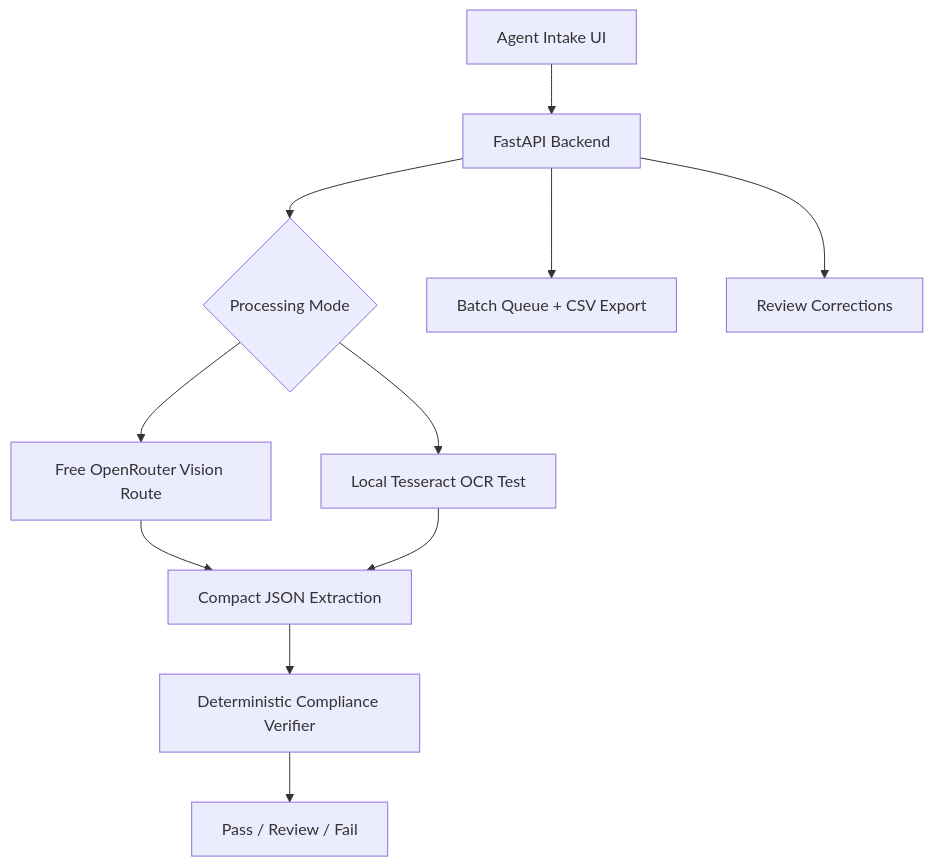
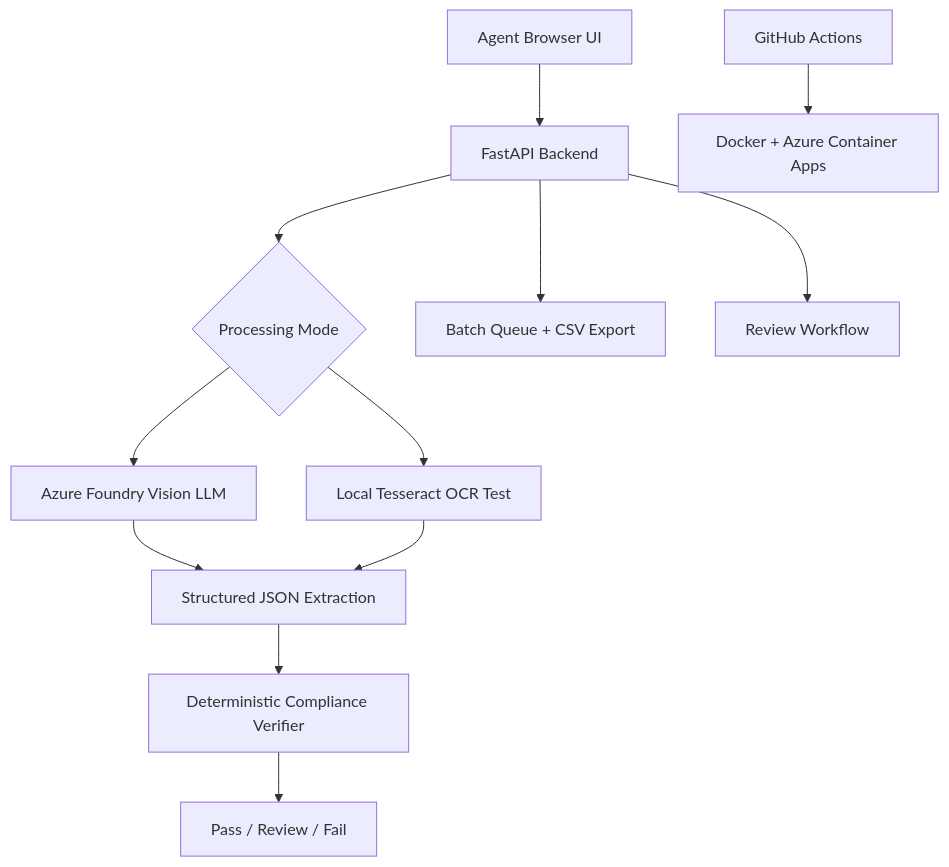
Before and after one commit to avinashsriram1/Treasury-Take-Home: the diagram in README.md, drawn with Mermaid. The commit also changed other lines of this file and 7 other files, not shown here.

Commit message:
Default V3 deployment to Azure Foundry

````diff
--- a/README.md
+++ b/README.md
@@ -26,13 +28,14 @@
 ```mermaid
 flowchart TD
-    A["Agent Intake UI"] --> B["FastAPI Backend"]
+    A["Agent Browser UI"] --> B["FastAPI Backend"]
     B --> C{"Processing Mode"}
-    C --> D["Free OpenRouter Vision Route"]
+    C --> D["Azure Foundry Vision LLM"]
     C --> E["Local Tesseract OCR Test"]
-    D --> F["Compact JSON Extraction"]
+    D --> F["Structured JSON Extraction"]
     E --> F
     F --> G["Deterministic Compliance Verifier"]
     G --> H["Pass / Review / Fail"]
     B --> I["Batch Queue + CSV Export"]
-    B --> J["Review Corrections"]
+    B --> J["Review Workflow"]
+    K["GitHub Actions"] --> L["Docker + Azure Container Apps"]
 ```
````
